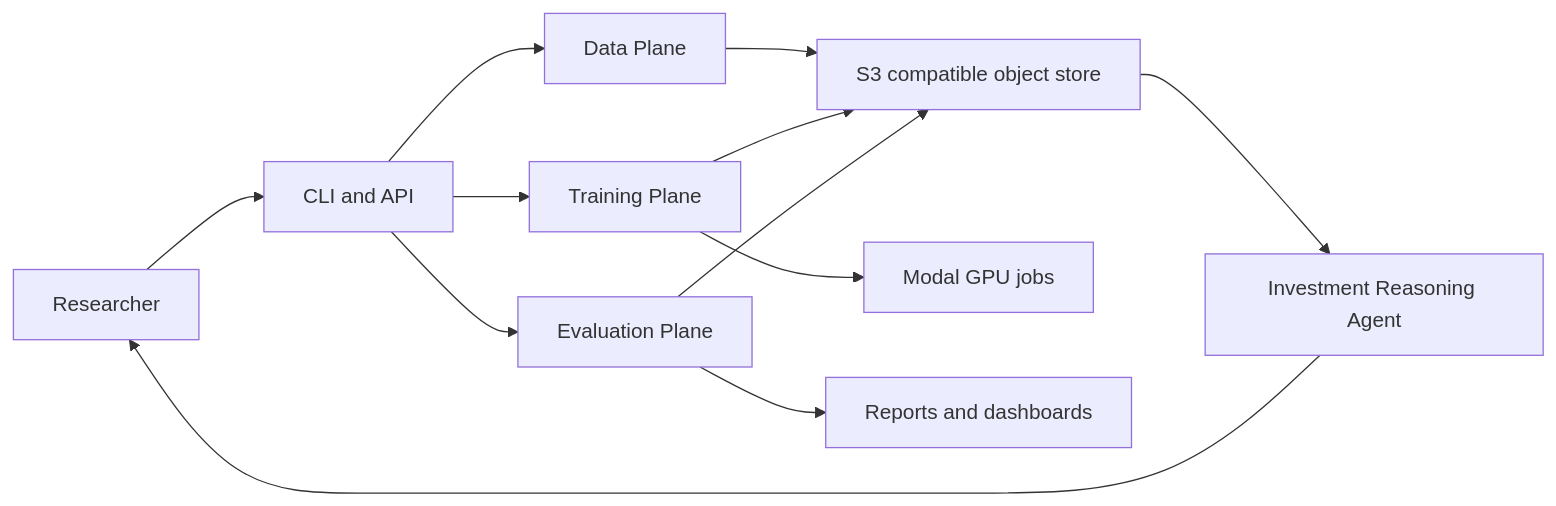
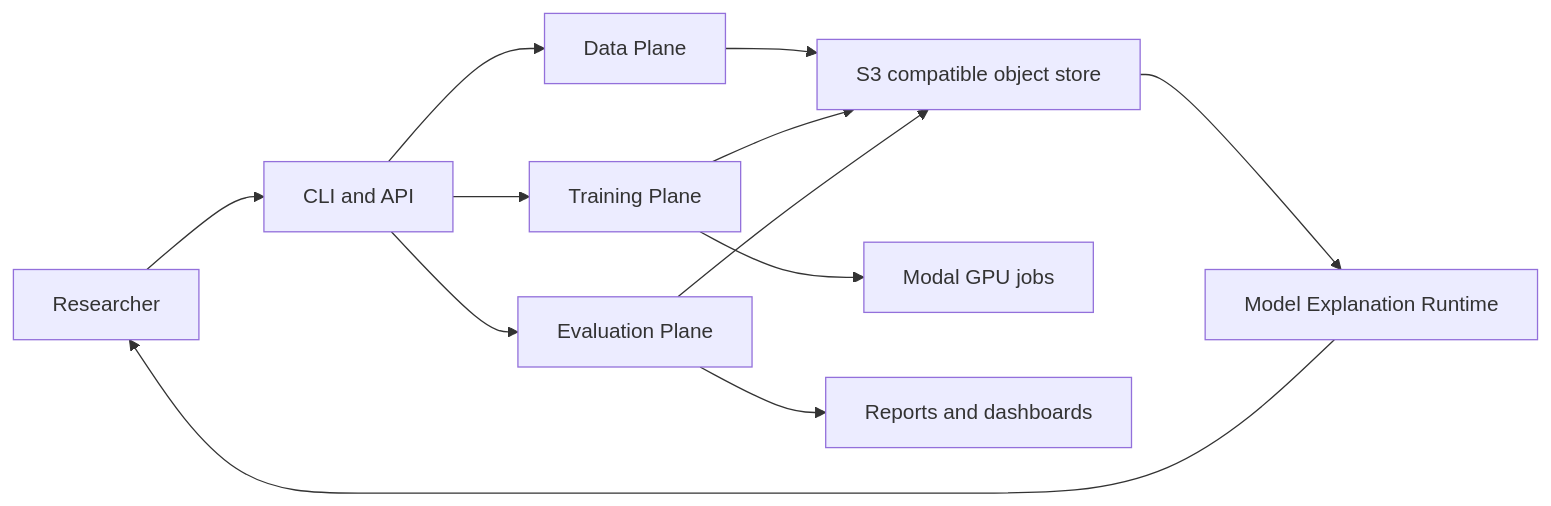
The first of 4 diagrams in docs/high-level-design.md (duoan/mega-trading), drawn with Mermaid before and after one commit. The commit also changed other lines of this file and 4 other files, not shown here.

````diff
--- a/docs/high-level-design.md
+++ b/docs/high-level-design.md
@@ -59,14 +59,14 @@
 ```mermaid
 flowchart LR
     Researcher[Researcher] --> CLI[CLI and API]
     CLI --> DataPlane[Data Plane]
     CLI --> TrainPlane[Training Plane]
     CLI --> EvalPlane[Evaluation Plane]
     DataPlane --> ObjectStore[S3 compatible object store]
     TrainPlane --> ObjectStore
     EvalPlane --> ObjectStore
     TrainPlane --> Modal[Modal GPU jobs]
     EvalPlane --> Reports[Reports and dashboards]
-    ObjectStore --> Agent[Investment Reasoning Agent]
-    Agent --> Researcher
+    ObjectStore --> Explanation[Model Explanation Runtime]
+    Explanation --> Researcher
 ```
````
